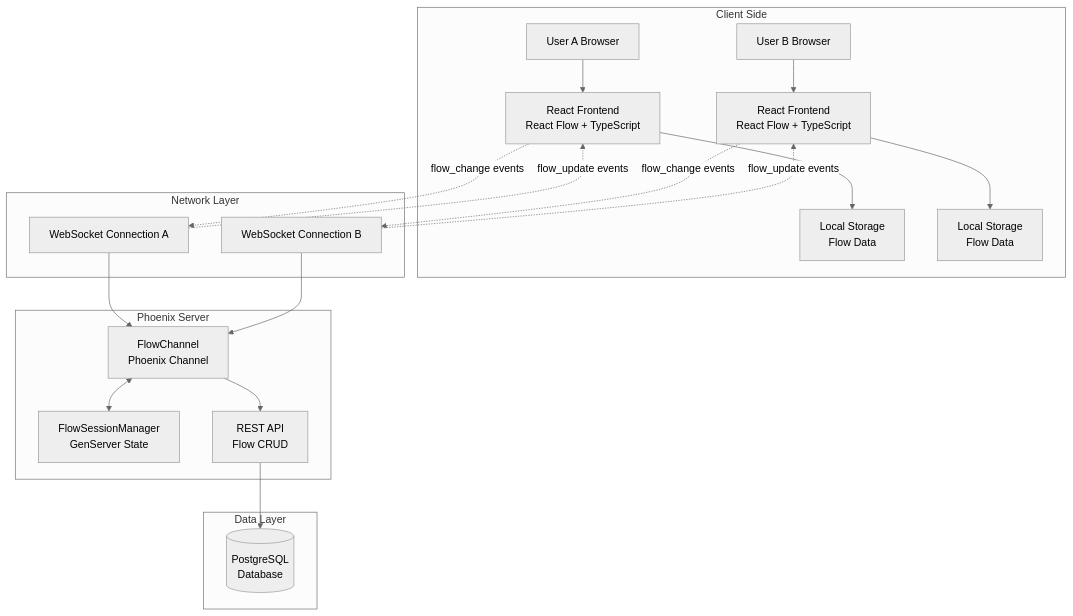
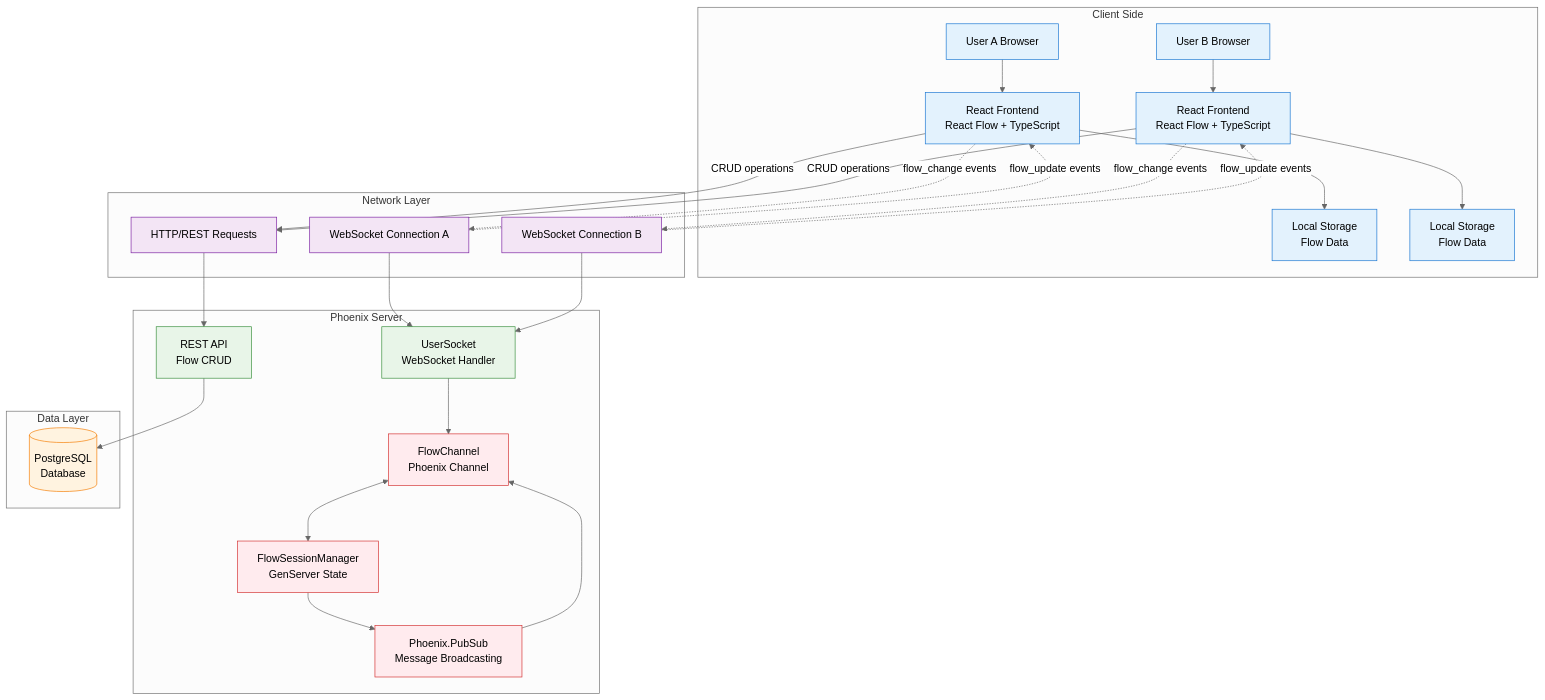
Before and after one commit to ccarvalho-eng/helix: the first of 3 diagrams in README.md, drawn with Mermaid. The commit also changed other lines of this file, not shown here.

First line of the commit message:
docs: enhance architecture diagrams and fix technical accuracy

````diff
--- a/README.md
+++ b/README.md
@@ -104,43 +104,63 @@
 ```mermaid
 %%{init: {'theme':'neutral'}}%%
 graph TB
     subgraph "Client Side"
         UA[User A Browser]
         UB[User B Browser]
         FEA[React Frontend<br/>React Flow + TypeScript]
         FEB[React Frontend<br/>React Flow + TypeScript]
         LSA[Local Storage<br/>Flow Data]
         LSB[Local Storage<br/>Flow Data]
 
         UA --> FEA
         UB --> FEB
         FEA --> LSA
         FEB --> LSB
     end
 
     subgraph "Network Layer"
         WSA[WebSocket Connection A]
         WSB[WebSocket Connection B]
+        HTTP[HTTP/REST Requests]
 
         FEA -.->|flow_change events| WSA
         FEB -.->|flow_change events| WSB
         WSA -.->|flow_update events| FEA
         WSB -.->|flow_update events| FEB
+        FEA -->|CRUD operations| HTTP
+        FEB -->|CRUD operations| HTTP
     end
 
     subgraph "Phoenix Server"
+        US[UserSocket<br/>WebSocket Handler]
         FC[FlowChannel<br/>Phoenix Channel]
         FSM[FlowSessionManager<br/>GenServer State]
+        PUB[Phoenix.PubSub<br/>Message Broadcasting]
         API[REST API<br/>Flow CRUD]
 
-        WSA --> FC
-        WSB --> FC
+        WSA --> US
+        WSB --> US
+        US --> FC
         FC <--> FSM
-        FC --> API
+        FSM --> PUB
+        PUB --> FC
+        HTTP --> API
     end
 
     subgraph "Data Layer"
         PG[(PostgreSQL<br/>Database)]
         API --> PG
     end
+
+    classDef client fill:#e3f2fd,stroke:#1976d2,color:#000
+    classDef network fill:#f3e5f5,stroke:#7b1fa2,color:#000
+    classDef server fill:#e8f5e8,stroke:#388e3c,color:#000
+    classDef database fill:#fff3e0,stroke:#f57c00,color:#000
+    classDef realtime fill:#ffebee,stroke:#d32f2f,color:#000
+
+    class UA,UB,FEA,FEB,LSA,LSB client
+    class WSA,WSB,HTTP network
+    class US,API server
+    class FC,FSM,PUB realtime
+    class PG database
 ```
````
